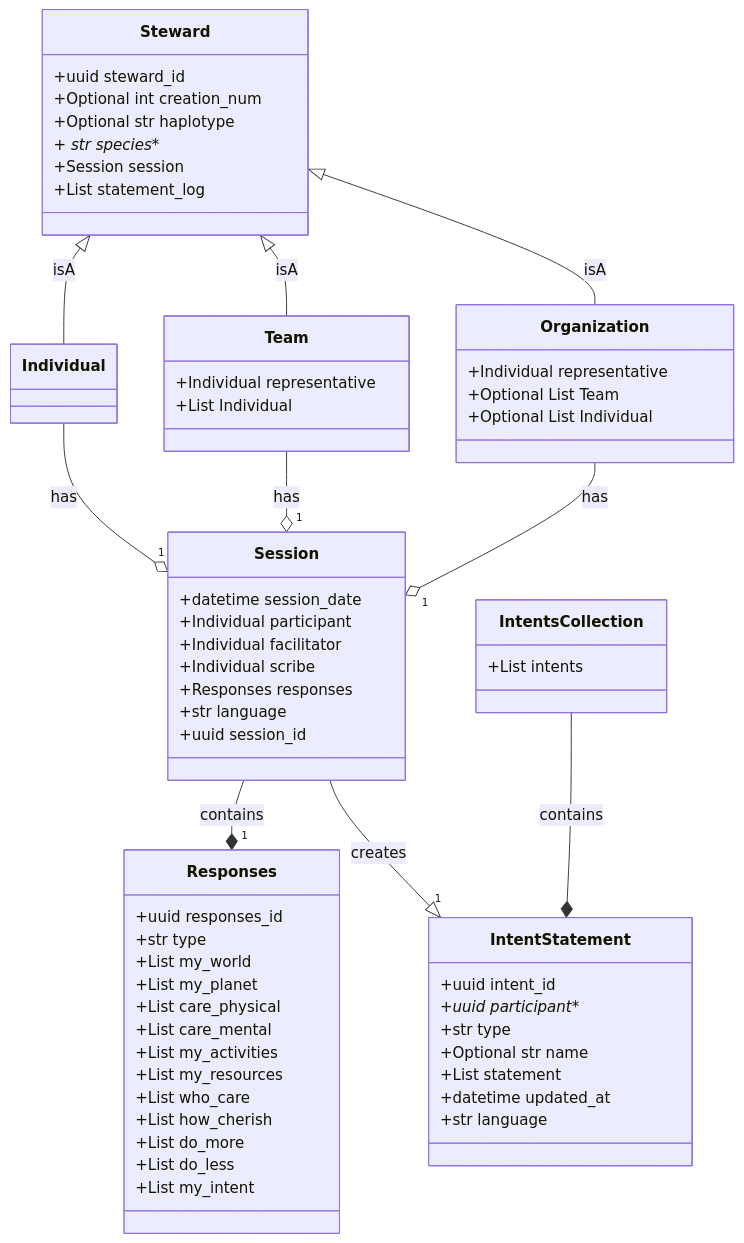
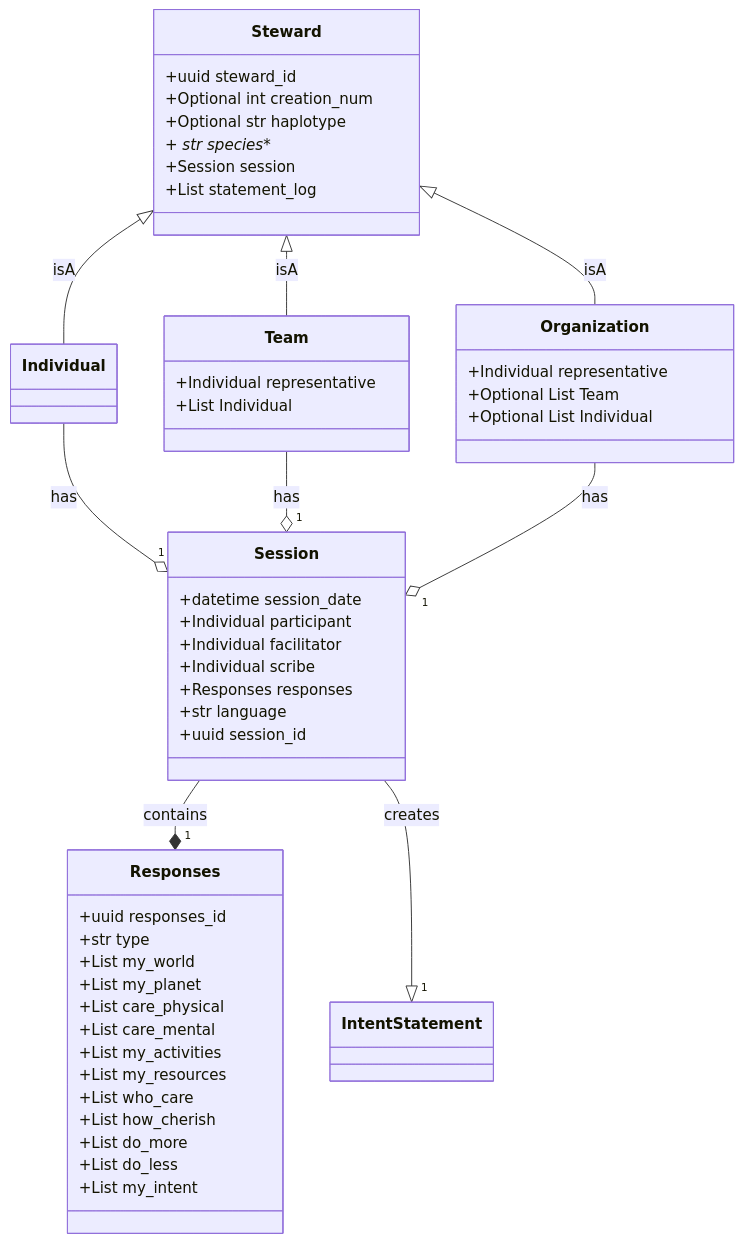
Before and after one commit to drew-wks/intent-for-the-planet: the diagram in docs/data_models_diagram.md, drawn with Mermaid.

````diff
--- a/docs/data_models_diagram.md
+++ b/docs/data_models_diagram.md
@@ -5,68 +5,56 @@
 ```mermaid
 classDiagram
     class Steward {
         +uuid steward_id
         +Optional int creation_num
         +Optional str haplotype
         + str species**
         +Session session
         +List statement_log
     }
     class Individual {
     }
     class Team {
         +Individual representative
         +List Individual
     }
     class Organization {
         +Individual representative
         +Optional List Team
         +Optional List Individual
     }
     class Session {
         +datetime session_date
         +Individual participant
         +Individual facilitator
         +Individual scribe
         +Responses responses
         +str language
         +uuid session_id
     }
     class Responses {
         +uuid responses_id
         +str type
         +List my_world
         +List my_planet
         +List care_physical
         +List care_mental
         +List my_activities
         +List my_resources
         +List who_care
         +List how_cherish
         +List do_more
         +List do_less
         +List my_intent
     }
-    class IntentStatement {
-        +uuid intent_id
-        +uuid participant**
-        +str type
-        +Optional str name
-        +List statement
-        +datetime updated_at
-        +str language
-    }
-    class IntentsCollection {
-        +List intents
-    }
-    IntentsCollection --* IntentStatement : contains
+
     Session --* "1" Responses : contains
     Steward <|-- Individual : isA
     Steward <|-- Team : isA
     Steward <|-- Organization : isA
     Session--|> "1" IntentStatement : creates
     Individual --o "1" Session : has
     Team --o "1" Session : has
     Organization --o "1" Session : has
 
 ```
````
